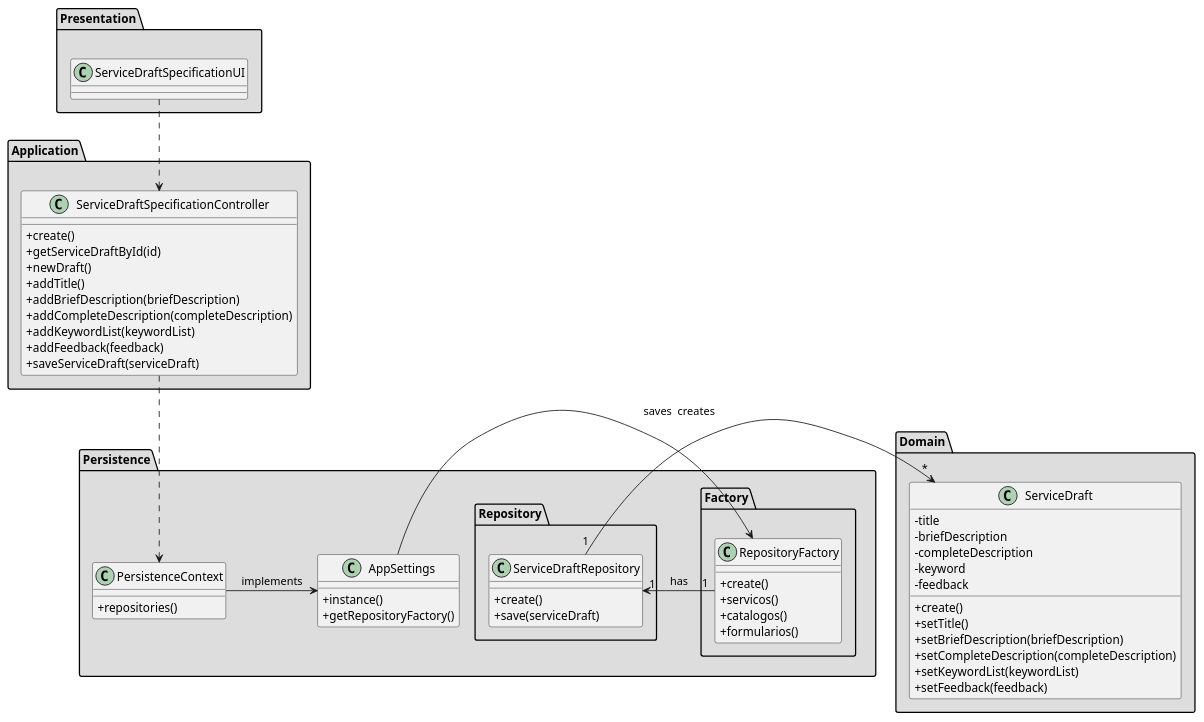
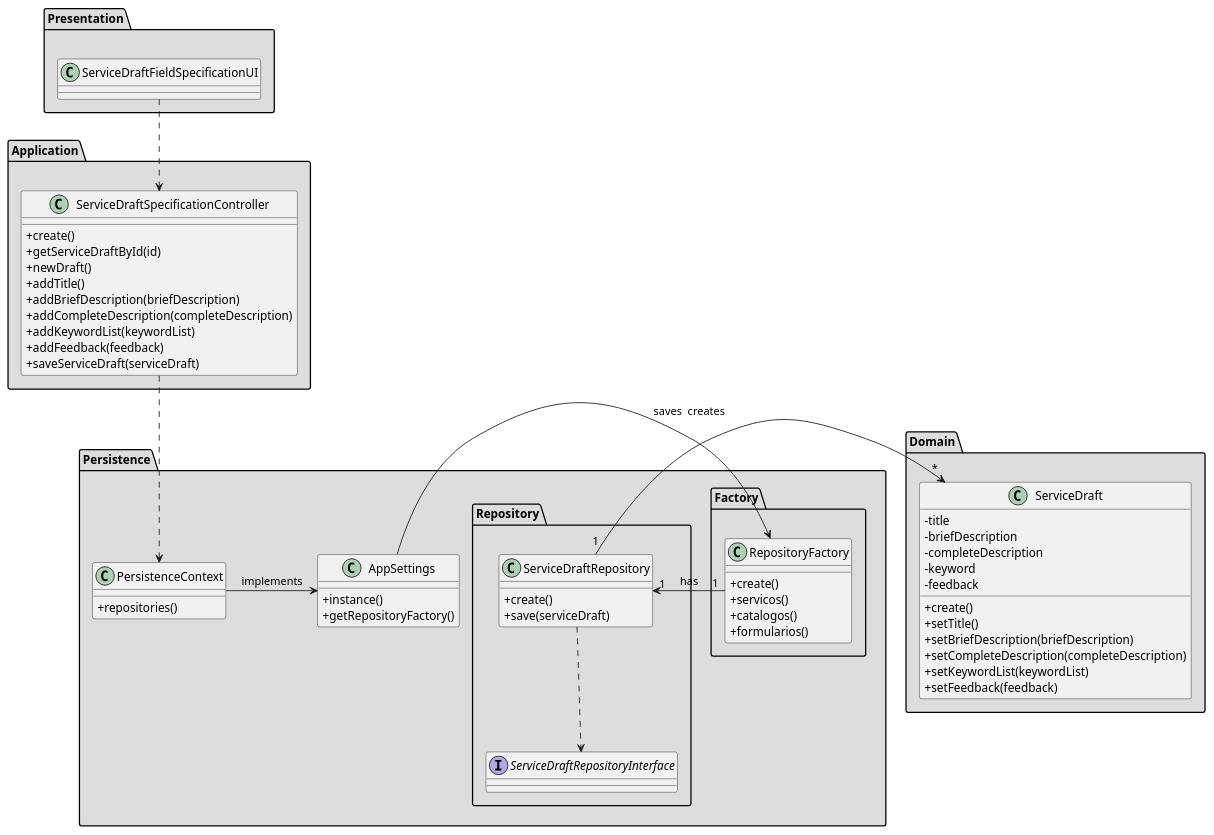
The diagram in doc/engenharia/SprintB/1190967/US-1-2002_EspecificarServico/DraftFieldSpecification/US-1-2002_CD.puml (tiagoavcosta25/LAPR4), drawn with PlantUML before and after one commit. The commit also changed 3 other files, not shown here.

Commit message:
LAPR4-67 #design #fixing Draft Field Diagram Changes

```diff
--- a/doc/engenharia/SprintB/1190967/US-1-2002_EspecificarServico/DraftFieldSpecification/US-1-2002_CD.puml
+++ b/doc/engenharia/SprintB/1190967/US-1-2002_EspecificarServico/DraftFieldSpecification/US-1-2002_CD.puml
@@ -1,81 +1,86 @@
 @startuml
 skinparam classAttributeIconSize 0
 
 package "Presentation" #DDDDDD {
-class ServiceDraftSpecificationUI{
+class ServiceDraftFieldSpecificationUI{
 
 }
 }
 
 
 package "Application" #DDDDDD {
 class ServiceDraftSpecificationController{
 +create()
 +getServiceDraftById(id)
 +newDraft()
 +addTitle()
 +addBriefDescription(briefDescription)
 +addCompleteDescription(completeDescription)
 +addKeywordList(keywordList)
 +addFeedback(feedback)
 +saveServiceDraft(serviceDraft)
 }
 }
 
 
 package "Domain" #DDDDDD {
 class ServiceDraft{
 - title
 - briefDescription
 - completeDescription
 - keyword
 - feedback
 +create()
 +setTitle()
 +setBriefDescription(briefDescription)
 +setCompleteDescription(completeDescription)
 +setKeywordList(keywordList)
 +setFeedback(feedback)
 }
 
 }
 
 package Persistence #DDDDDD {
 class PersistenceContext{
 +repositories()
 }
 
 class AppSettings{
 +instance()
 +getRepositoryFactory()
 }
 
 package Factory #DDDDDD {
 class RepositoryFactory{
 +create()
 +servicos()
 +catalogos()
 +formularios()
 }
 }
 
 package "Repository" #DDDDDD {
 class ServiceDraftRepository{
 +create()
 +save(serviceDraft)
 }
+
+interface ServiceDraftRepositoryInterface{
+
 }
 
 
 
-ServiceDraftSpecificationUI ..> ServiceDraftSpecificationController
+ServiceDraftFieldSpecificationUI ..> ServiceDraftSpecificationController
 ServiceDraftSpecificationController ..> PersistenceContext
+
+ServiceDraftRepository ..> ServiceDraftRepositoryInterface
 
 AppSettings -> RepositoryFactory : creates
 PersistenceContext -> AppSettings : implements
 
 RepositoryFactory "1" -> "1" ServiceDraftRepository : has
 
 ServiceDraftRepository "1" -> "*" ServiceDraft : saves
 
 @enduml
```
